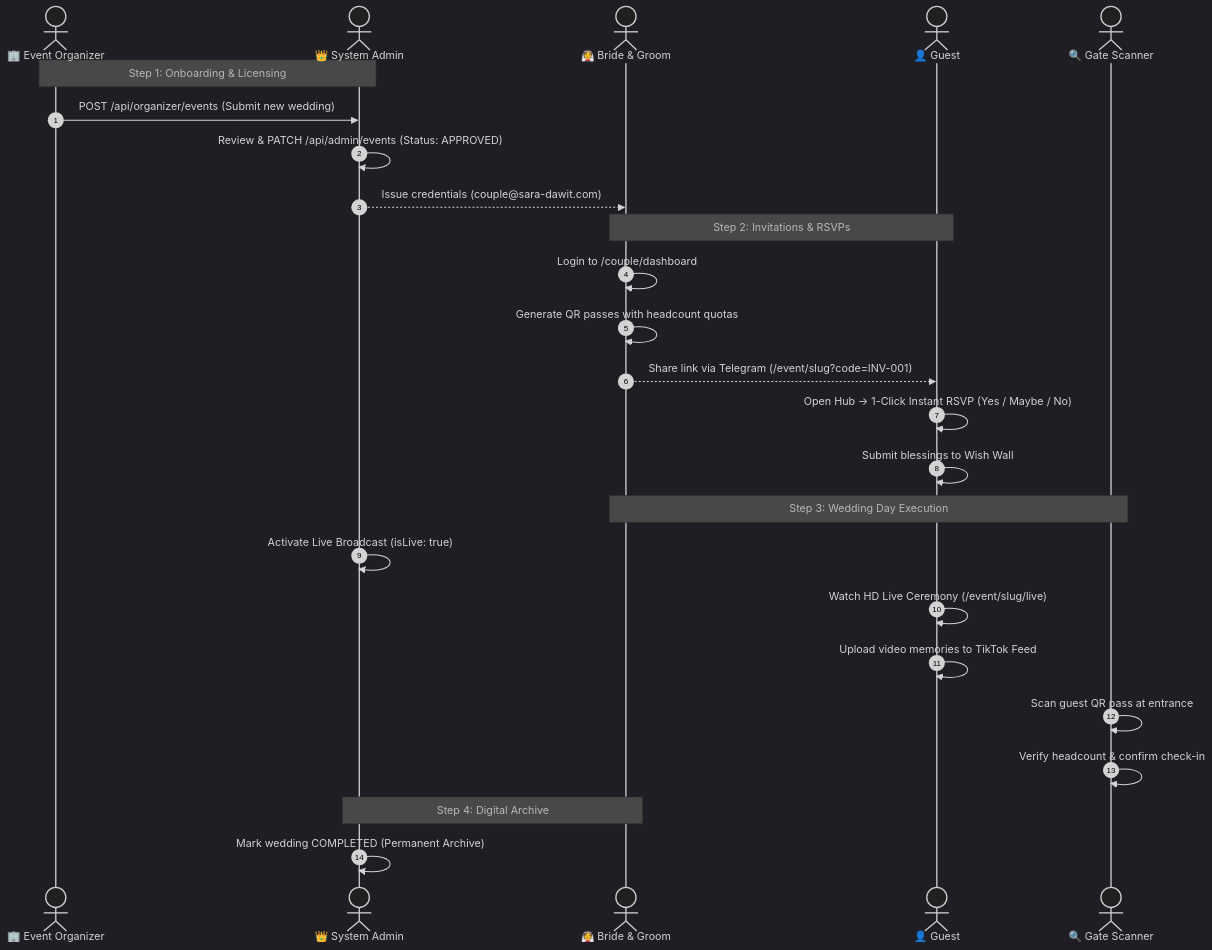
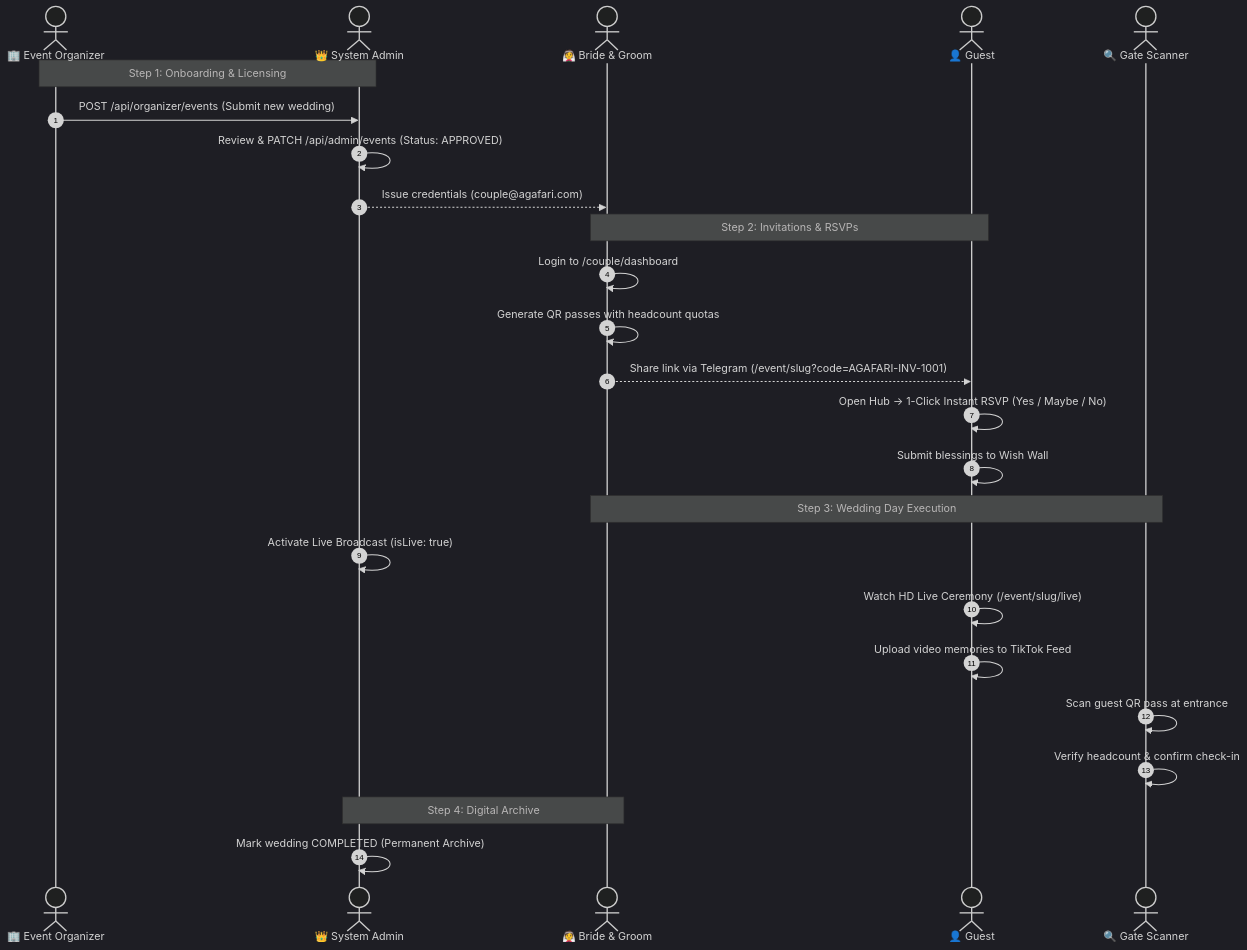
The fourth of 4 diagrams in docs/Agafari_Master_Shareable_Guide.md (AnaniyaSiyum/Agafari), drawn with Mermaid (dark theme) before and after one commit. The commit also changed other lines of this file and 86 other files, not shown here.

````diff
--- a/docs/Agafari_Master_Shareable_Guide.md
+++ b/docs/Agafari_Master_Shareable_Guide.md
@@ -418,31 +357,31 @@
 ```mermaid
 sequenceDiagram
     autonumber
     actor Org as 🏢 Event Organizer
     actor Admin as 👑 System Admin
     actor Couple as 👰 Bride & Groom
     actor Guest as 👤 Guest
     actor Scanner as 🔍 Gate Scanner
 
     Note over Org,Admin: Step 1: Onboarding & Licensing
     Org->>Admin: POST /api/organizer/events (Submit new wedding)
     Admin->>Admin: Review & PATCH /api/admin/events (Status: APPROVED)
-    Admin-->>Couple: Issue credentials (couple@sara-dawit.com)
+    Admin-->>Couple: Issue credentials (couple@agafari.com)
 
     Note over Couple,Guest: Step 2: Invitations & RSVPs
     Couple->>Couple: Login to /couple/dashboard
     Couple->>Couple: Generate QR passes with headcount quotas
-    Couple-->>Guest: Share link via Telegram (/event/slug?code=INV-001)
+    Couple-->>Guest: Share link via Telegram (/event/slug?code=AGAFARI-INV-1001)
     Guest->>Guest: Open Hub -> 1-Click Instant RSVP (Yes / Maybe / No)
     Guest->>Guest: Submit blessings to Wish Wall
 
     Note over Couple,Scanner: Step 3: Wedding Day Execution
     Admin->>Admin: Activate Live Broadcast (isLive: true)
     Guest->>Guest: Watch HD Live Ceremony (/event/slug/live)
     Guest->>Guest: Upload video memories to TikTok Feed
     Scanner->>Scanner: Scan guest QR pass at entrance
     Scanner->>Scanner: Verify headcount & confirm check-in
 
     Note over Couple,Admin: Step 4: Digital Archive
     Admin->>Admin: Mark wedding COMPLETED (Permanent Archive)
 ```
````
